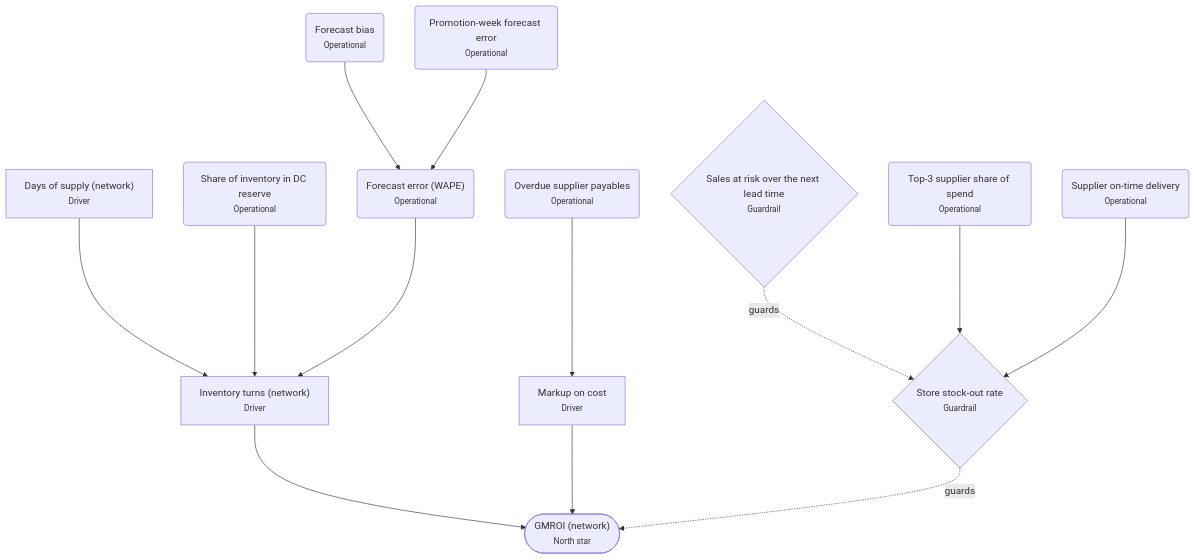
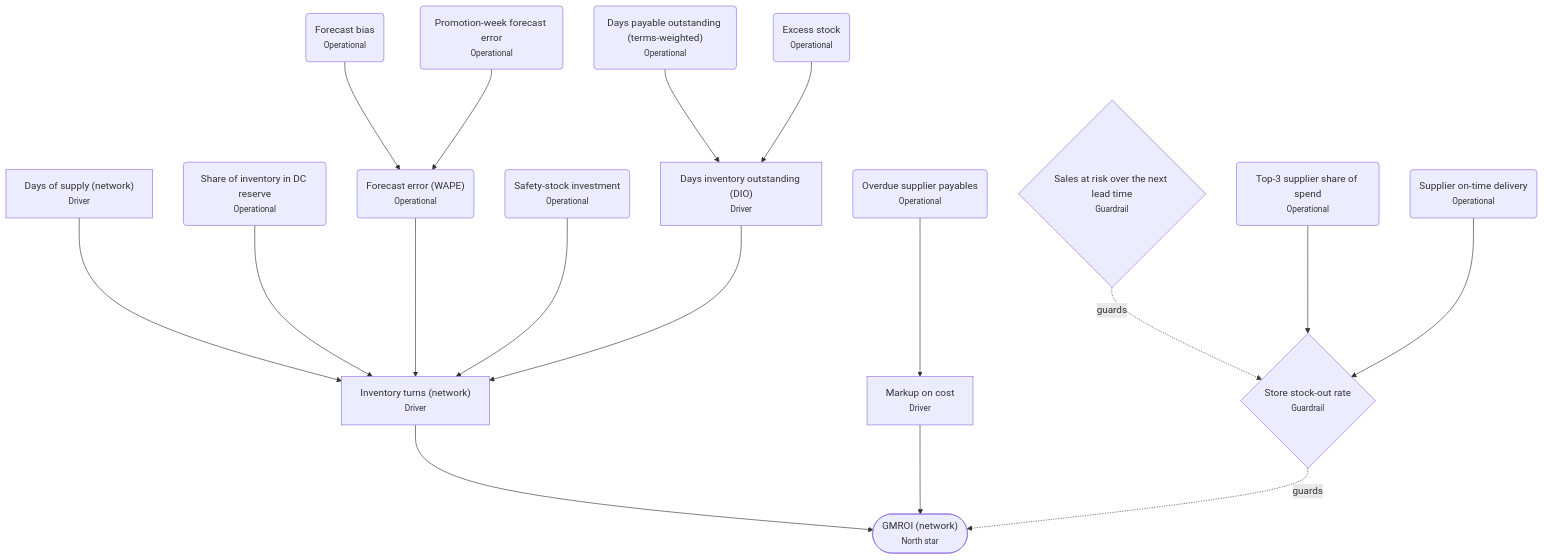
Before and after one commit to avixd/retail-inventory-app: the diagram in docs/backend/metrics.md, drawn with Mermaid. The commit also changed other lines of this file and 19 other files, not shown here.

````diff
--- a/docs/backend/metrics.md
+++ b/docs/backend/metrics.md
@@ -10,28 +10,36 @@
 ```mermaid
 flowchart TD
     gmroi(["GMROI (network)<br/><small>North star</small>"])
     turns["Inventory turns (network)<br/><small>Driver</small>"]
     markup["Markup on cost<br/><small>Driver</small>"]
     days_of_supply["Days of supply (network)<br/><small>Driver</small>"]
     reserve_share("Share of inventory in DC reserve<br/><small>Operational</small>")
     forecast_wape("Forecast error (WAPE)<br/><small>Operational</small>")
     forecast_bias("Forecast bias<br/><small>Operational</small>")
     promo_week_wape("Promotion-week forecast error<br/><small>Operational</small>")
     stockout_rate{"Store stock-out rate<br/><small>Guardrail</small>"}
     sales_at_risk{"Sales at risk over the next lead time<br/><small>Guardrail</small>"}
     supplier_concentration("Top-3 supplier share of spend<br/><small>Operational</small>")
     supplier_on_time("Supplier on-time delivery<br/><small>Operational</small>")
     overdue_payables("Overdue supplier payables<br/><small>Operational</small>")
+    safety_stock_value("Safety-stock investment<br/><small>Operational</small>")
+    dio["Days inventory outstanding (DIO)<br/><small>Driver</small>"]
+    dpo_terms("Days payable outstanding (terms-weighted)<br/><small>Operational</small>")
+    excess_stock_value("Excess stock<br/><small>Operational</small>")
     turns --> gmroi
     markup --> gmroi
     days_of_supply --> turns
     reserve_share --> turns
     forecast_wape --> turns
     forecast_bias --> forecast_wape
     promo_week_wape --> forecast_wape
     stockout_rate -.->|guards| gmroi
     sales_at_risk -.->|guards| stockout_rate
     supplier_concentration --> stockout_rate
     supplier_on_time --> stockout_rate
     overdue_payables --> markup
+    safety_stock_value --> turns
+    dio --> turns
+    dpo_terms --> dio
+    excess_stock_value --> dio
 ```
````
